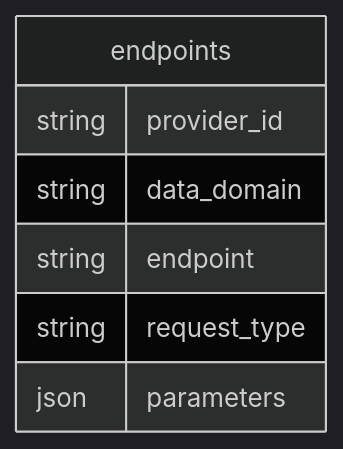
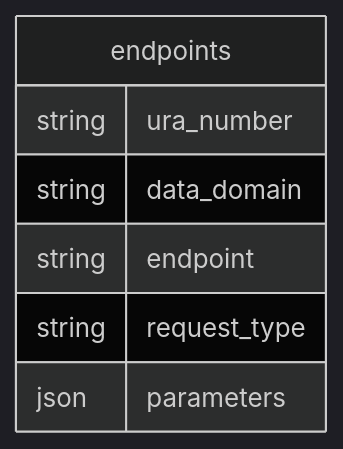
The diagram in README.md (minvws/gfmodules-addressing-register), drawn with Mermaid (dark theme) before and after one commit. The commit also changed 11 other files, not shown here.

Commit message:
Renamed provider_id to ura_number

````diff
--- a/README.md
+++ b/README.md
@@ -41,10 +41,10 @@
 ```mermaid
 erDiagram
     endpoints {
-        string provider_id
+        string ura_number
         string data_domain
         string endpoint
         string request_type
         json parameters
     }
 ```
````
